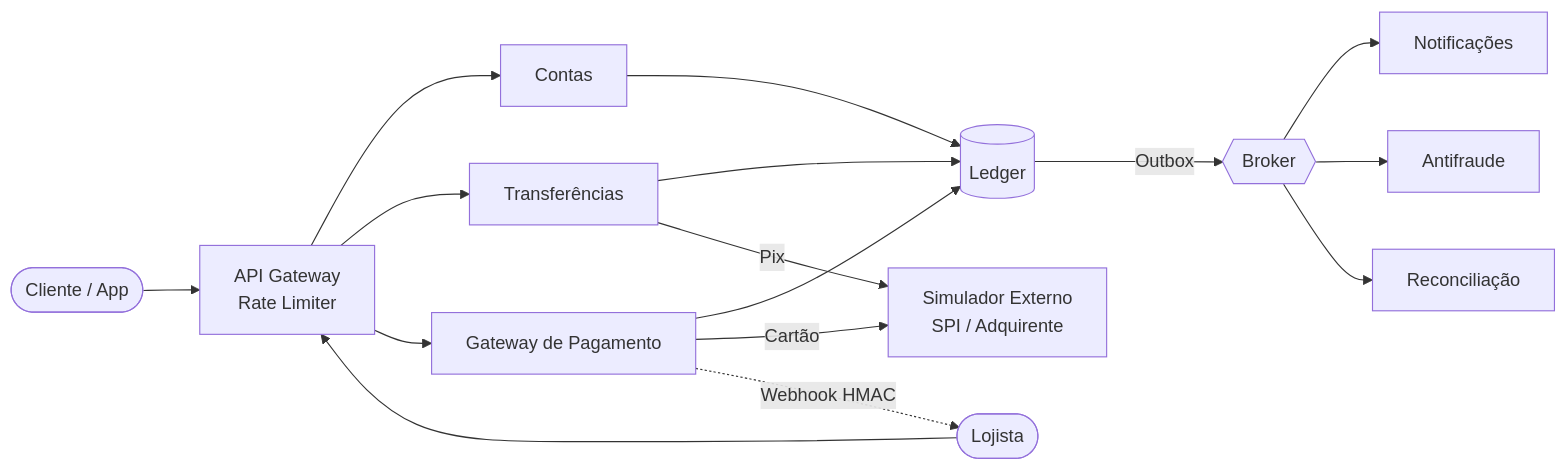
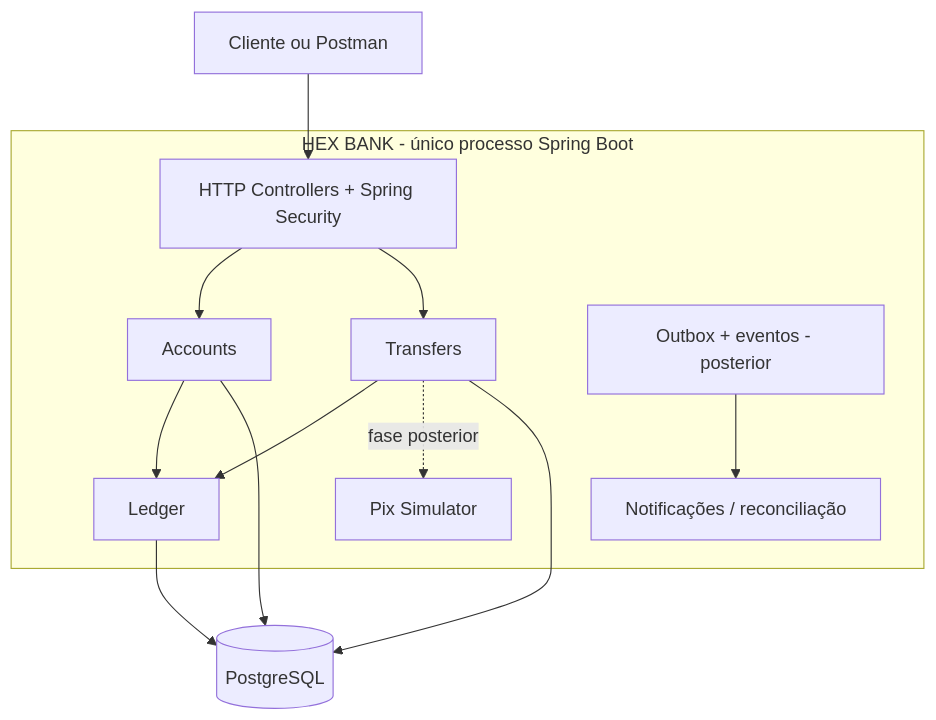
Before and after one commit to arthur-souto/Hexbank: the diagram in README.md, drawn with Mermaid. The commit also changed other lines of this file and 12 other files, not shown here.

````diff
--- a/README.md
+++ b/README.md
@@ -13,23 +30,15 @@
 ```mermaid
-flowchart LR
-    Cliente([Cliente / App]) --> GW[API Gateway<br/>Rate Limiter]
-    Lojista([Lojista]) --> GW
-
-    GW --> CONTAS[Contas]
-    GW --> TRANSF[Transferências]
-    GW --> PAG[Gateway de Pagamento]
-
-    TRANSF --> LEDGER[(Ledger)]
-    PAG --> LEDGER
-    CONTAS --> LEDGER
-
-    TRANSF -- Pix --> SIM[Simulador Externo<br/>SPI / Adquirente]
-    PAG -- Cartão --> SIM
-
-    LEDGER -- Outbox --> BROKER{{Broker}}
-    BROKER --> NOTIF[Notificações]
-    BROKER --> FRAUDE[Antifraude]
-    BROKER --> RECON[Reconciliação]
-
-    PAG -. Webhook HMAC .-> Lojista
+flowchart TD
+  C[Cliente ou Postman] --> H[HTTP Controllers + Spring Security]
+  subgraph M[HEX BANK - único processo Spring Boot]
+    H --> A[Accounts]
+    H --> T[Transfers]
+    A --> L[Ledger]
+    T --> L
+    T -. fase posterior .-> P[Pix Simulator]
+    E[Outbox + eventos - posterior] --> N[Notificações / reconciliação]
+  end
+  L --> DB[(PostgreSQL)]
+  T --> DB
+  A --> DB
 ```
````
